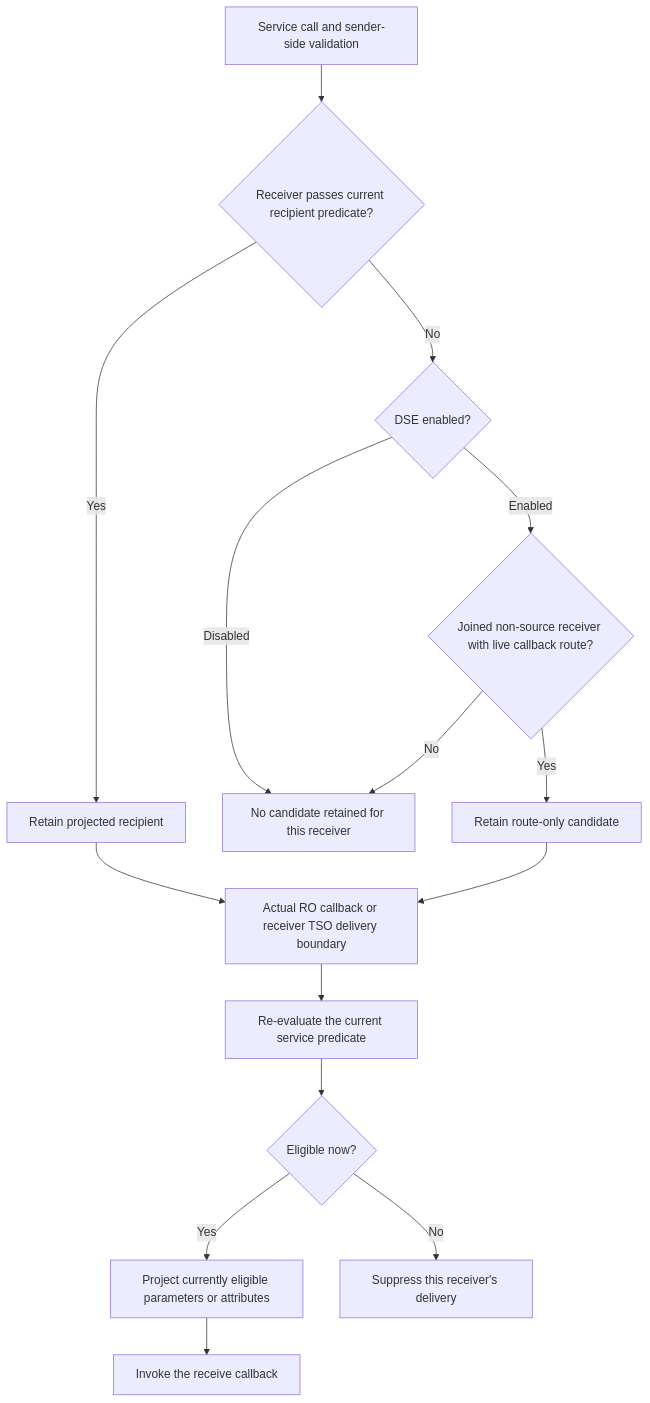
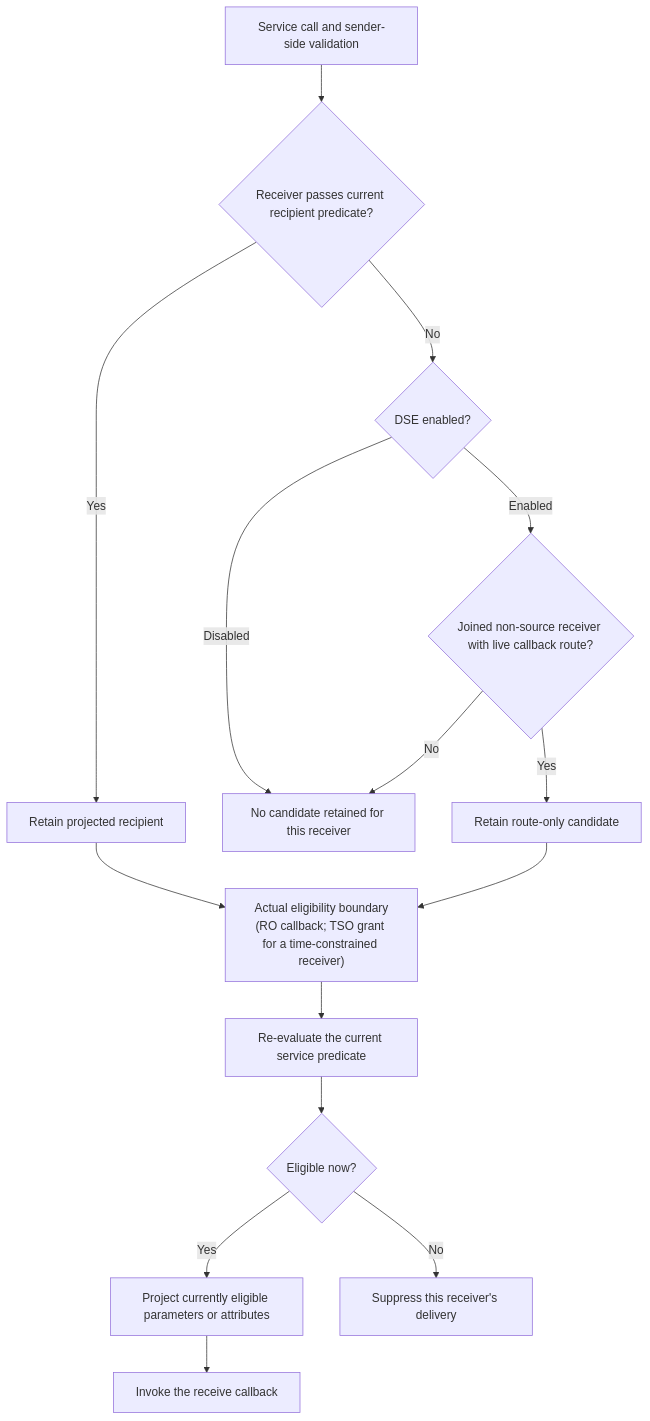
Before and after one commit to sheepfling/umbra: the second of 4 diagrams in docs/design/HLA-2025-DELAY-SUBSCRIPTION-EVALUATION-FLOW-GUIDE.md, drawn with Mermaid. The commit also changed other lines of this file and 822 other files, not shown here.

````diff
--- a/docs/design/HLA-2025-DELAY-SUBSCRIPTION-EVALUATION-FLOW-GUIDE.md
+++ b/docs/design/HLA-2025-DELAY-SUBSCRIPTION-EVALUATION-FLOW-GUIDE.md
@@ -53,26 +81,26 @@
 ```mermaid
 flowchart TD
   Send[Service call and sender-side validation]
   Current{Receiver passes current recipient predicate?}
   Planned[Retain projected recipient]
   Switch{DSE enabled?}
   Joined{Joined non-source receiver with live callback route?}
   RouteOnly[Retain route-only candidate]
   None[No candidate retained for this receiver]
-  Boundary[Actual RO callback or receiver TSO delivery boundary]
+  Boundary["Actual eligibility boundary<br/>(RO callback; TSO grant for a time-constrained receiver)"]
   Recheck[Re-evaluate the current service predicate]
   Eligible{Eligible now?}
   Project[Project currently eligible parameters or attributes]
   Invoke[Invoke the receive callback]
   Suppress[Suppress this receiver's delivery]
   Send --> Current
   Current -->|Yes| Planned --> Boundary
   Current -->|No| Switch
   Switch -->|Disabled| None
   Switch -->|Enabled| Joined
   Joined -->|No| None
   Joined -->|Yes| RouteOnly --> Boundary
   Boundary --> Recheck --> Eligible
   Eligible -->|Yes| Project --> Invoke
   Eligible -->|No| Suppress
 ```
````
